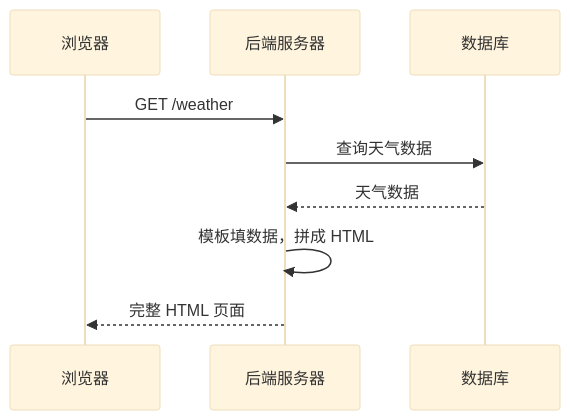
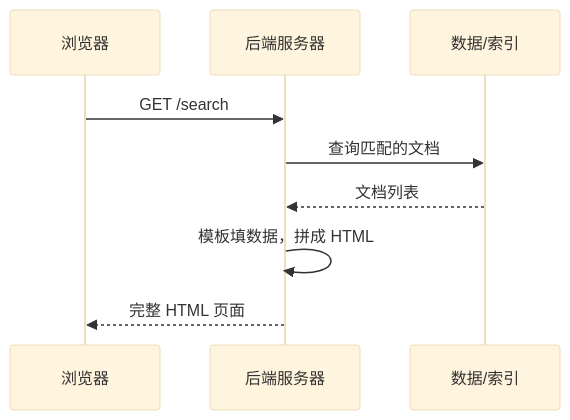
The first of 2 diagrams in book/frontend_collaboration/frontend_overview/frontend_role_in_architecture.md (a76854/eng-practice-book), drawn with Mermaid (base theme) before and after one commit. The commit also changed other lines of this file and 40 other files, not shown here.

````diff
--- a/book/frontend_collaboration/frontend_overview/frontend_role_in_architecture.md
+++ b/book/frontend_collaboration/frontend_overview/frontend_role_in_architecture.md
@@ -30,11 +30,11 @@
 ```mermaid
 sequenceDiagram
     participant B as 浏览器
     participant S as 后端服务器
-    participant D as 数据库
-    B->>S: GET /weather
-    S->>D: 查询天气数据
-    D-->>S: 天气数据
+    participant D as 数据/索引
+    B->>S: GET /search
+    S->>D: 查询匹配的文档
+    D-->>S: 文档列表
     S->>S: 模板填数据，拼成 HTML
     S-->>B: 完整 HTML 页面
 ```
````
